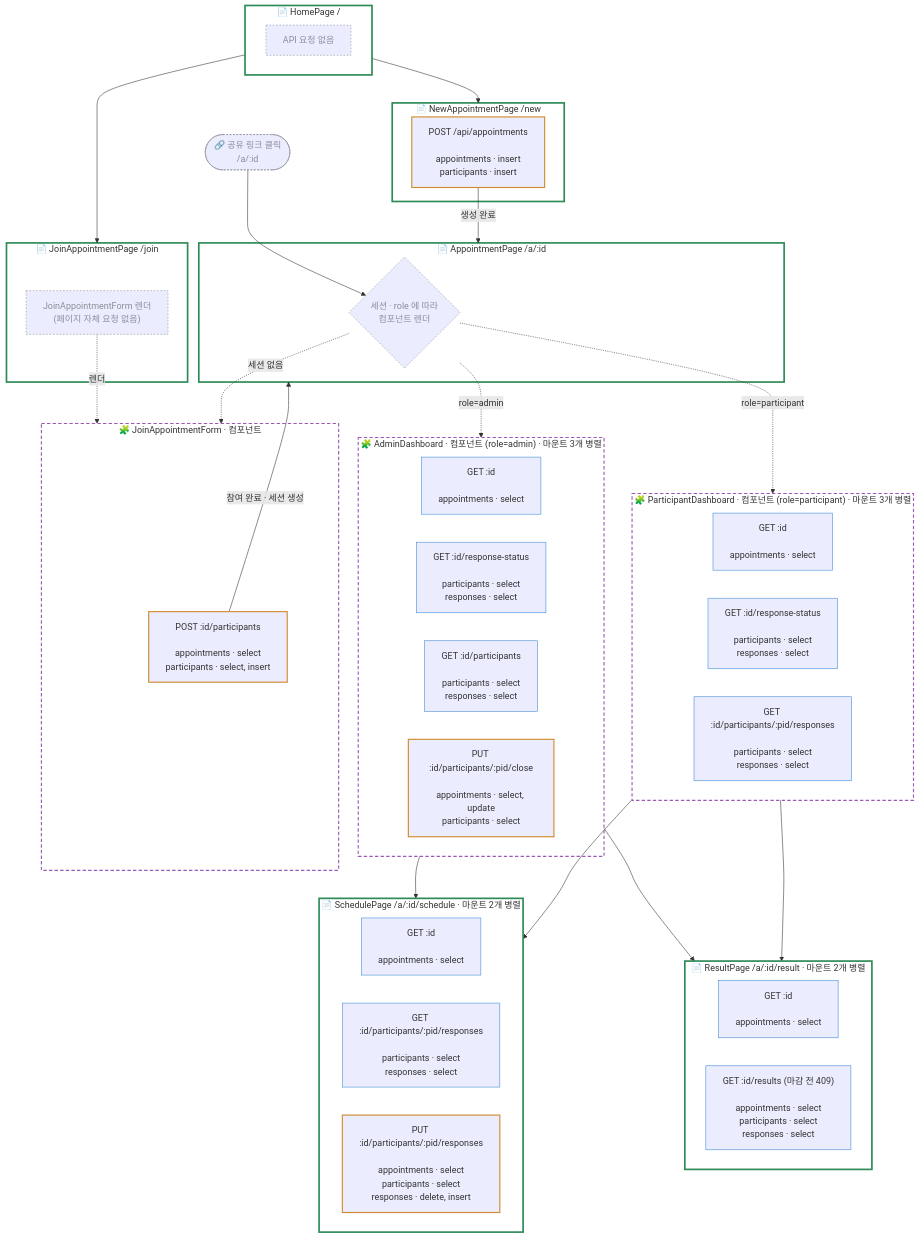
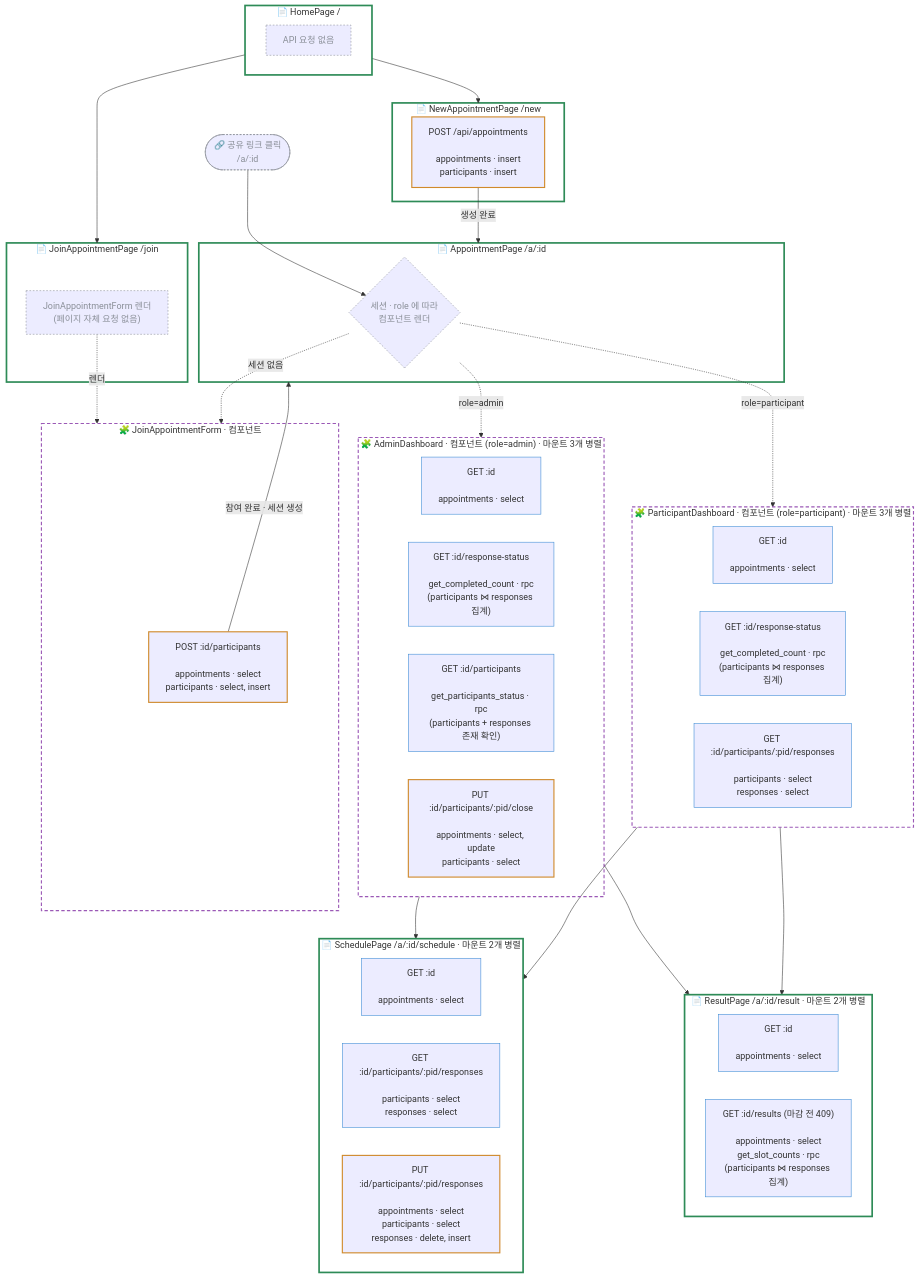
One commit to Mureung1/hub-showcase changed the first of 2 diagrams in README.md. Above: the diagram before and after it, drawn with Mermaid. The commit also changed other lines of this file, not shown here.

Commit message:
docs: README 데이터 흐름도·API 표를 RPC 이관 반영으로 갱신
결과 집계를 DB 함수(RPC)로 옮긴 변경(ef3ceff0)을 README에 반영.
response-status/participants/results의 SELECT 집계를 get_completed_count·
get_participants_status·get_slot_counts RPC 호출로 갱신했다.

````diff
--- a/README.md
+++ b/README.md
@@ -10,72 +10,72 @@
 ```mermaid
 flowchart TD
     SHARE(["🔗 공유 링크 클릭<br/>/a/:id"]):::note
 
     subgraph HOME["📄 HomePage /"]
         H0["API 요청 없음"]:::note
     end
     subgraph NEWPAGE["📄 NewAppointmentPage /new"]
         N1["POST /api/appointments<br/><br/>appointments · insert<br/>participants · insert"]:::write
     end
     subgraph JOINPAGE["📄 JoinAppointmentPage /join"]
         JP0["JoinAppointmentForm 렌더<br/>(페이지 자체 요청 없음)"]:::note
     end
     subgraph APPPAGE["📄 AppointmentPage /a/:id"]
         AP0{"세션 · role 에 따라<br/>컴포넌트 렌더"}:::note
     end
     subgraph SCHEDPAGE["📄 SchedulePage /a/:id/schedule · 마운트 2개 병렬"]
         S1["GET :id<br/><br/>appointments · select"]:::read
         S2["GET :id/participants/:pid/responses<br/><br/>participants · select<br/>responses · select"]:::read
         S3["PUT :id/participants/:pid/responses<br/><br/>appointments · select<br/>participants · select<br/>responses · delete, insert"]:::write
     end
     subgraph RESULTPAGE["📄 ResultPage /a/:id/result · 마운트 2개 병렬"]
         R1["GET :id<br/><br/>appointments · select"]:::read
-        R2["GET :id/results (마감 전 409)<br/><br/>appointments · select<br/>participants · select<br/>responses · select"]:::read
+        R2["GET :id/results (마감 전 409)<br/><br/>appointments · select<br/>get_slot_counts · rpc<br/>(participants ⋈ responses 집계)"]:::read
     end
 
     subgraph JAF["🧩 JoinAppointmentForm · 컴포넌트"]
         J1["POST :id/participants<br/><br/>appointments · select<br/>participants · select, insert"]:::write
     end
     subgraph ADMIN["🧩 AdminDashboard · 컴포넌트 (role=admin) · 마운트 3개 병렬"]
         A1["GET :id<br/><br/>appointments · select"]:::read
-        A2["GET :id/response-status<br/><br/>participants · select<br/>responses · select"]:::read
-        A3["GET :id/participants<br/><br/>participants · select<br/>responses · select"]:::read
+        A2["GET :id/response-status<br/><br/>get_completed_count · rpc<br/>(participants ⋈ responses 집계)"]:::read
+        A3["GET :id/participants<br/><br/>get_participants_status · rpc<br/>(participants + responses 존재 확인)"]:::read
         A4["PUT :id/participants/:pid/close<br/><br/>appointments · select, update<br/>participants · select"]:::write
     end
     subgraph PART["🧩 ParticipantDashboard · 컴포넌트 (role=participant) · 마운트 3개 병렬"]
         P1["GET :id<br/><br/>appointments · select"]:::read
-        P2["GET :id/response-status<br/><br/>participants · select<br/>responses · select"]:::read
+        P2["GET :id/response-status<br/><br/>get_completed_count · rpc<br/>(participants ⋈ responses 집계)"]:::read
         P3["GET :id/participants/:pid/responses<br/><br/>participants · select<br/>responses · select"]:::read
     end
 
     %% 페이지 이동 / 전환 (실선)
     SHARE --> AP0
     HOME --> NEWPAGE
     HOME --> JOINPAGE
     N1 -->|"생성 완료"| APPPAGE
     J1 -->|"참여 완료 · 세션 생성"| APPPAGE
     ADMIN --> SCHEDPAGE
     ADMIN --> RESULTPAGE
     PART --> SCHEDPAGE
     PART --> RESULTPAGE
 
     %% 컴포넌트 렌더 (점선)
     JP0 -. "렌더" .-> JAF
     AP0 -. "세션 없음" .-> JAF
     AP0 -. "role=admin" .-> ADMIN
     AP0 -. "role=participant" .-> PART
 
     classDef read stroke:#3B8BD4,stroke-width:1px;
     classDef write stroke:#D08A2C,stroke-width:2px;
     classDef note stroke:#8A8F98,stroke-dasharray:3 3,color:#8A8F98;
 
     style HOME stroke:#2E8B57,stroke-width:3px,fill:transparent
     style NEWPAGE stroke:#2E8B57,stroke-width:3px,fill:transparent
     style JOINPAGE stroke:#2E8B57,stroke-width:3px,fill:transparent
     style APPPAGE stroke:#2E8B57,stroke-width:3px,fill:transparent
     style SCHEDPAGE stroke:#2E8B57,stroke-width:3px,fill:transparent
     style RESULTPAGE stroke:#2E8B57,stroke-width:3px,fill:transparent
     style JAF stroke:#9B59B6,stroke-width:2px,stroke-dasharray:6 4,fill:transparent
     style ADMIN stroke:#9B59B6,stroke-width:2px,stroke-dasharray:6 4,fill:transparent
     style PART stroke:#9B59B6,stroke-width:2px,stroke-dasharray:6 4,fill:transparent
 ```
````
